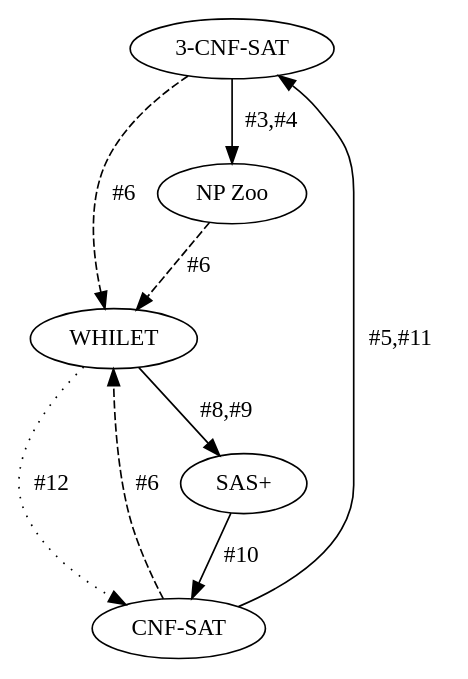
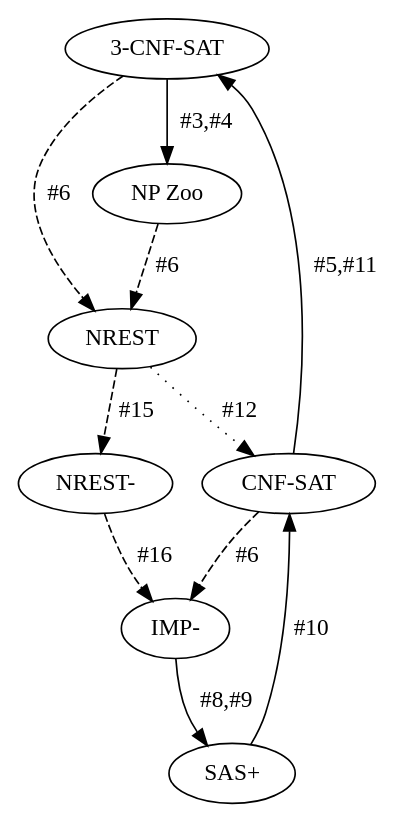
One commit to wimmers/poly-reductions changed the diagram in doc/plan.dot. Above: the diagram before and after it, drawn with Graphviz. The commit also changed 1 other file, not shown here.

Commit message:
fix(doc) update plan graph

```diff
--- a/doc/plan.dot
+++ b/doc/plan.dot
@@ -1,16 +1,20 @@
 digraph plan {
 three_cnf_sat [label="3-CNF-SAT"];
 sat [label="CNF-SAT"];
-whilet [label="WHILET"];
+whilet [label="NREST"];
+whiletm [label="NREST-"];
+impm [label="IMP-"];
 sas_plus [label="SAS+"];
 np_zoo [label="NP Zoo"];
 
 three_cnf_sat -> whilet [style="dashed",label="#6"];
 np_zoo -> whilet [style="dashed",label="#6"];
-whilet -> sas_plus [label="#8,#9"];
+whilet -> whiletm [style="dashed",label="#15"];
+whiletm -> impm [style="dashed",label="#16"];
+impm -> sas_plus [label="#8,#9"];
 sas_plus -> sat [label="#10"];
 sat -> three_cnf_sat [label="#5,#11"];
 whilet -> sat [style="dotted",label="#12"];
 three_cnf_sat -> np_zoo [label="#3,#4"];
-sat -> whilet [label="#6",style="dashed"];
+sat -> impm [label="#6",style="dashed"];
 }
```
